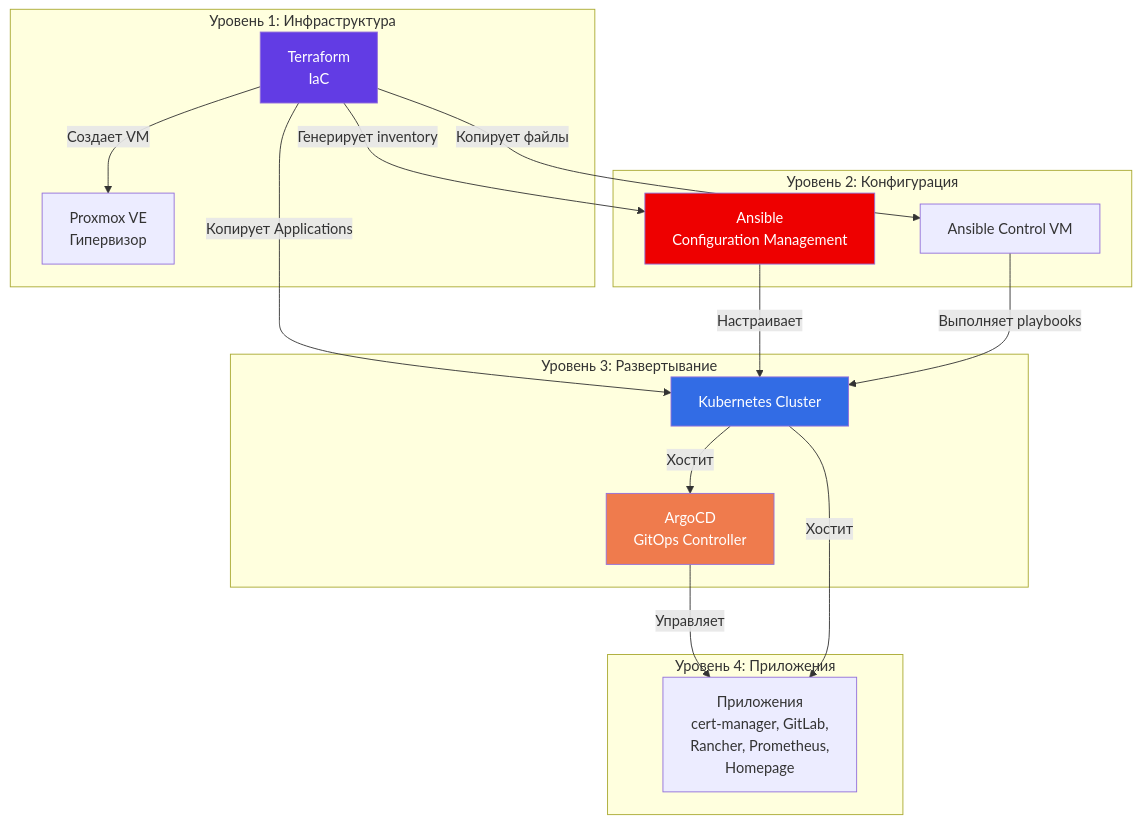
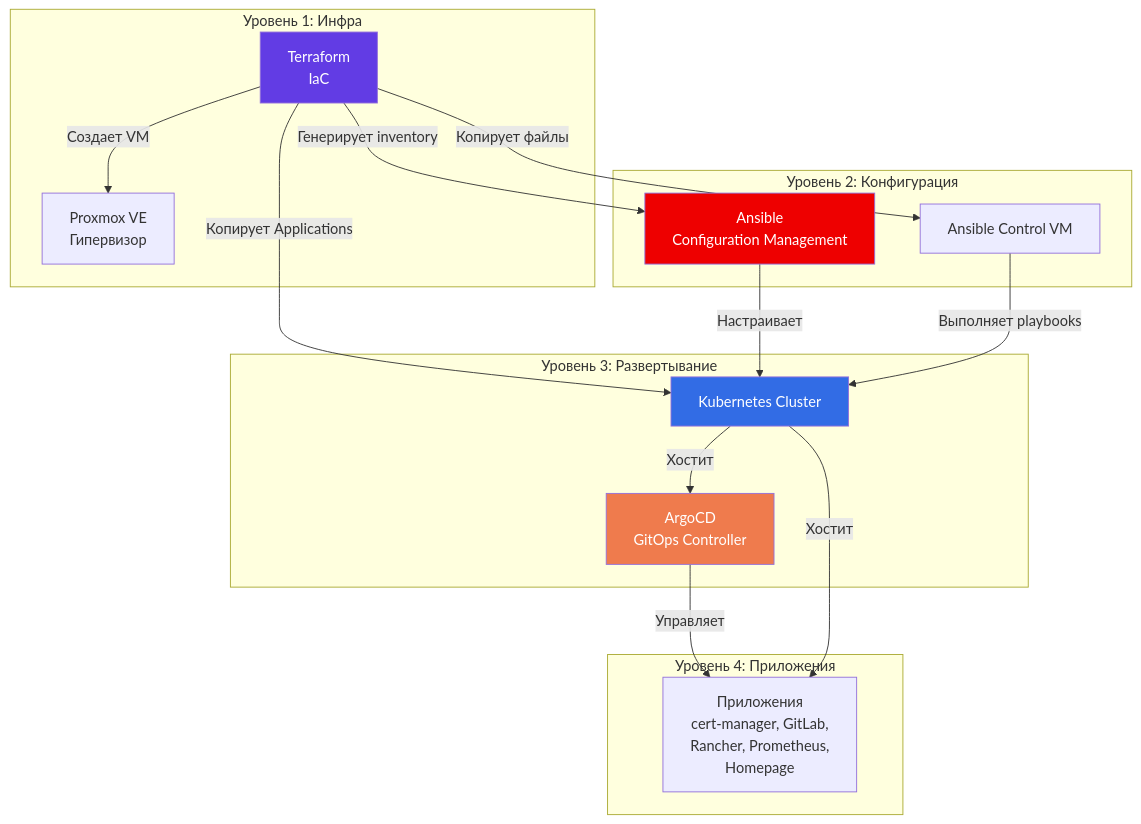
Before and after one commit to mistermedved01/lab-home: the diagram in README.md, drawn with Mermaid. The commit also changed other lines of this file, not shown here.

````diff
--- a/README.md
+++ b/README.md
@@ -13,38 +13,38 @@
 ```mermaid
 graph TB
-    subgraph "Уровень 1: Инфраструктура"
+    subgraph "Уровень 1: Инфра"
         Proxmox[Proxmox VE<br/>Гипервизор]
         Terraform[Terraform<br/>IaC]
     end
     
     subgraph "Уровень 2: Конфигурация"
         Ansible[Ansible<br/>Configuration Management]
         AnsibleVM[Ansible Control VM]
     end
     
     subgraph "Уровень 3: Развертывание"
         ArgoCD[ArgoCD<br/>GitOps Controller]
         K8sCluster[Kubernetes Cluster]
     end
     
     subgraph "Уровень 4: Приложения"
         Apps[Приложения<br/>cert-manager, GitLab,<br/>Rancher, Prometheus,<br/>Homepage]
     end
     
     Terraform -->|Создает VM| Proxmox
     Terraform -->|Генерирует inventory| Ansible
     Terraform -->|Копирует файлы| AnsibleVM
     Terraform -->|Копирует Applications| K8sCluster
     
     Ansible -->|Настраивает| K8sCluster
     AnsibleVM -->|Выполняет playbooks| K8sCluster
     
     ArgoCD -->|Управляет| Apps
     K8sCluster -->|Хостит| ArgoCD
     K8sCluster -->|Хостит| Apps
     
     style Terraform fill:#623CE4,color:#fff
     style Ansible fill:#EE0000,color:#fff
     style ArgoCD fill:#EF7B4D,color:#fff
     style K8sCluster fill:#326CE5,color:#fff
 ```
````
